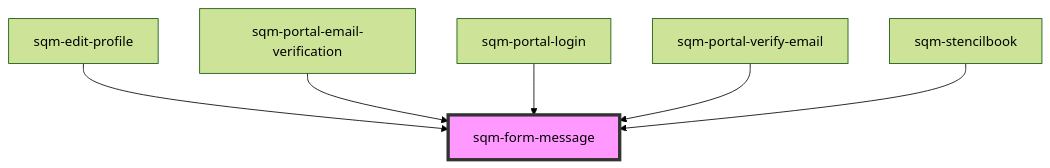
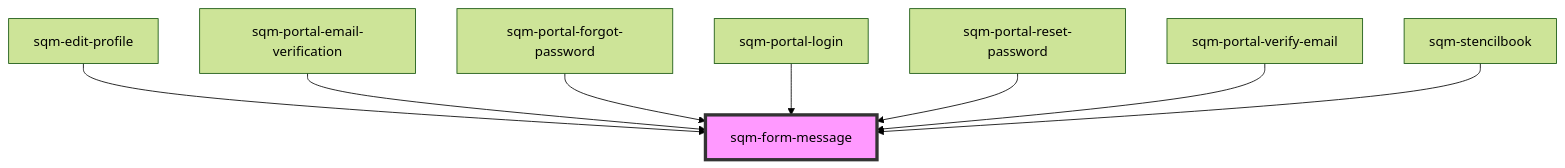
One commit to saasquatch/program-tools changed the diagram in packages/mint-components/src/components/sqm-form-message/readme.md. Above: the diagram before and after it, drawn with Mermaid (forest theme). The commit also changed 14 other files, not shown here.

Commit message:
IH: add password reset hooks

````diff
--- a/packages/mint-components/src/components/sqm-form-message/readme.md
+++ b/packages/mint-components/src/components/sqm-form-message/readme.md
@@ -24,9 +24,11 @@
 ```mermaid
 graph TD;
   sqm-edit-profile --> sqm-form-message
   sqm-portal-email-verification --> sqm-form-message
+  sqm-portal-forgot-password --> sqm-form-message
   sqm-portal-login --> sqm-form-message
+  sqm-portal-reset-password --> sqm-form-message
   sqm-portal-verify-email --> sqm-form-message
   sqm-stencilbook --> sqm-form-message
   style sqm-form-message fill:#f9f,stroke:#333,stroke-width:4px
 ```
````
